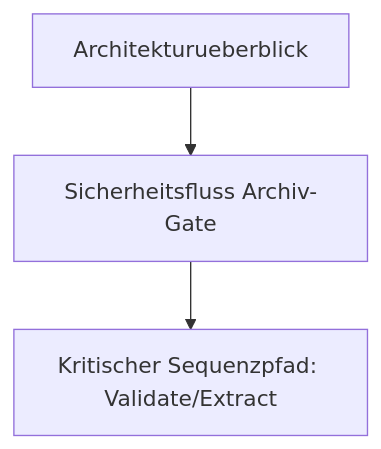
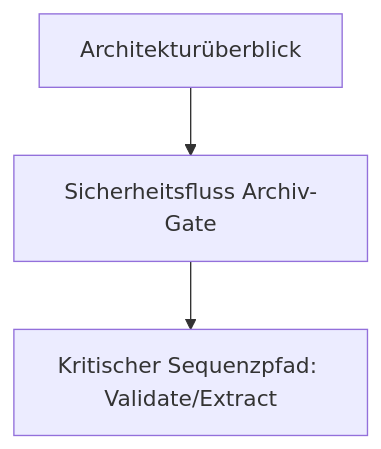
Before and after one commit to tomtastisch/FileClassifier: the second of 3 diagrams in src/FileTypeDetection/README.md, drawn with Mermaid. The commit also changed 3 other files, not shown here.

````diff
--- a/src/FileTypeDetection/README.md
+++ b/src/FileTypeDetection/README.md
@@ -85,5 +85,5 @@
 ```mermaid
 flowchart TD
-    A[Architekturueberblick] --> B[Sicherheitsfluss Archiv-Gate]
+    A[Architekturüberblick] --> B[Sicherheitsfluss Archiv-Gate]
     B --> C[Kritischer Sequenzpfad: Validate/Extract]
 ```
````
